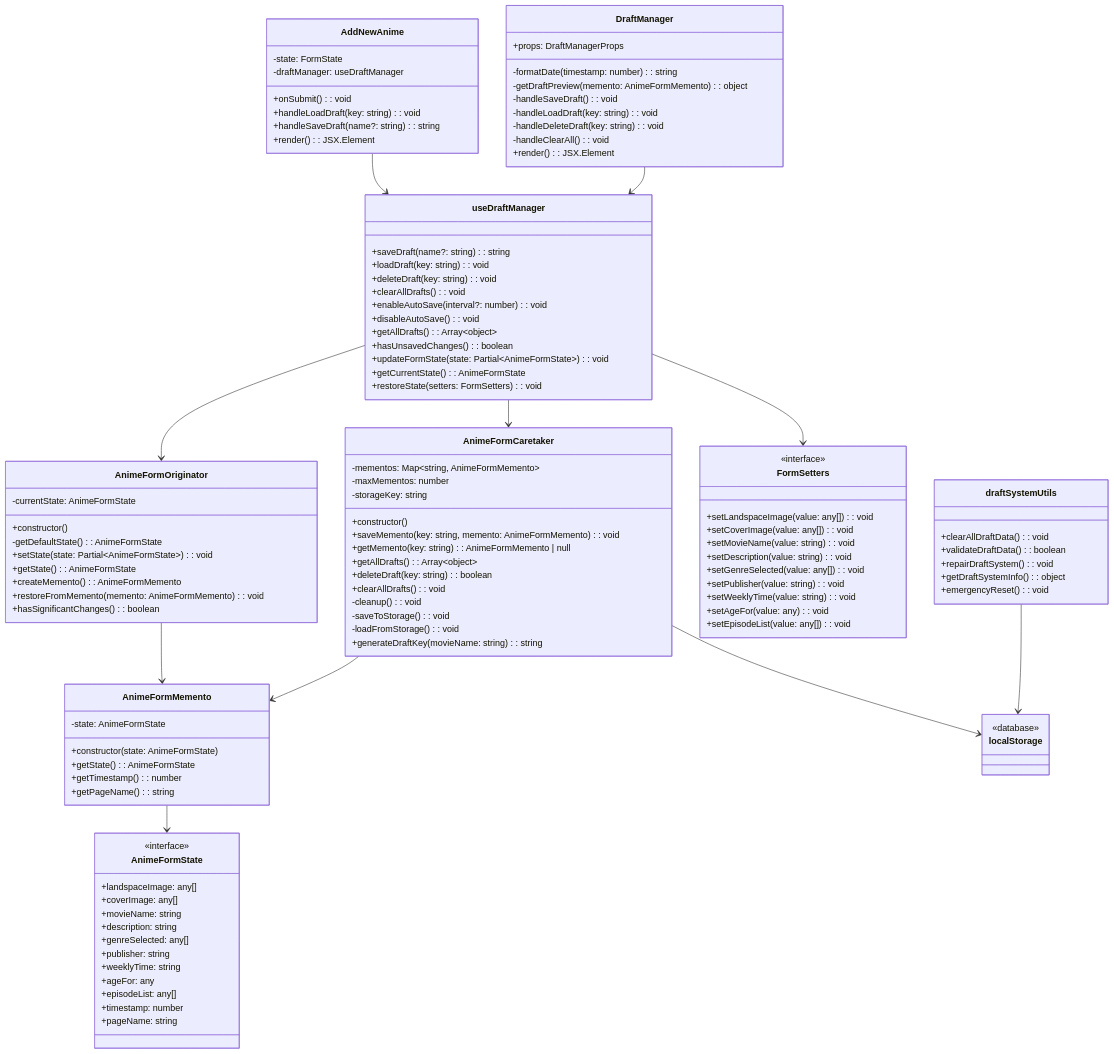
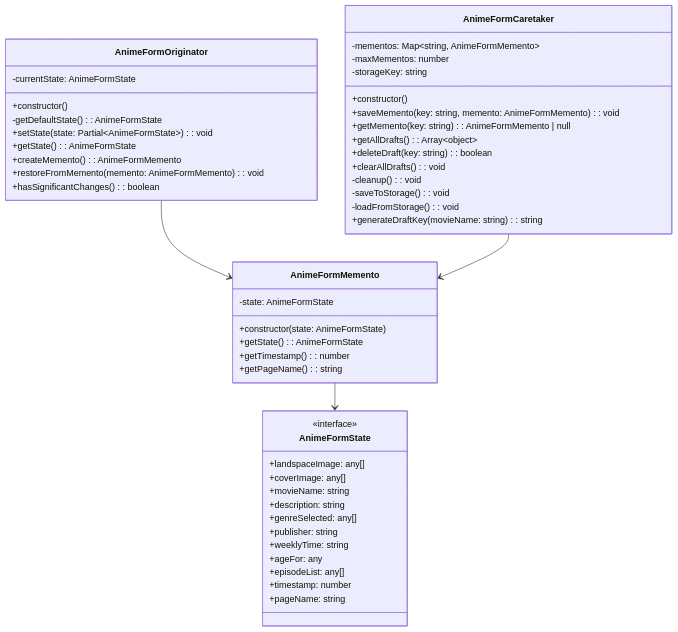
One commit to anhkhoatqt11/animeentertainment-admin-designpattern changed the diagram in docs/MementoPatternStructure.mmd. Above: the diagram before and after it, drawn with Mermaid. The commit also changed 16 other files, not shown here.

```diff
--- a/docs/MementoPatternStructure.mmd
+++ b/docs/MementoPatternStructure.mmd
@@ -1,120 +1,54 @@
 classDiagram
     class AnimeFormMemento {
         -state: AnimeFormState
         +constructor(state: AnimeFormState)
         +getState(): AnimeFormState
         +getTimestamp(): number
         +getPageName(): string
     }
 
     class AnimeFormOriginator {
         -currentState: AnimeFormState
         +constructor()
         -getDefaultState(): AnimeFormState
         +setState(state: Partial~AnimeFormState~): void
         +getState(): AnimeFormState
         +createMemento(): AnimeFormMemento
         +restoreFromMemento(memento: AnimeFormMemento): void
         +hasSignificantChanges(): boolean
     }
 
     class AnimeFormCaretaker {
         -mementos: Map~string, AnimeFormMemento~
         -maxMementos: number
         -storageKey: string
         +constructor()
         +saveMemento(key: string, memento: AnimeFormMemento): void
         +getMemento(key: string): AnimeFormMemento | null
         +getAllDrafts(): Array~object~
         +deleteDraft(key: string): boolean
         +clearAllDrafts(): void
         -cleanup(): void
         -saveToStorage(): void
         -loadFromStorage(): void
         +generateDraftKey(movieName: string): string
     }
 
-    class useDraftManager {
-        +saveDraft(name?: string): string
-        +loadDraft(key: string): void
-        +deleteDraft(key: string): void
-        +clearAllDrafts(): void
-        +enableAutoSave(interval?: number): void
-        +disableAutoSave(): void
-        +getAllDrafts(): Array~object~
-        +hasUnsavedChanges(): boolean
-        +updateFormState(state: Partial~AnimeFormState~): void
-        +getCurrentState(): AnimeFormState
-        +restoreState(setters: FormSetters): void
-    }
-
-    class DraftManager {
-        +props: DraftManagerProps
-        -formatDate(timestamp: number): string
-        -getDraftPreview(memento: AnimeFormMemento): object
-        -handleSaveDraft(): void
-        -handleLoadDraft(key: string): void
-        -handleDeleteDraft(key: string): void
-        -handleClearAll(): void
-        +render(): JSX.Element
-    }
-
-    class AddNewAnime {
-        -state: FormState
-        -draftManager: useDraftManager
-        +onSubmit(): void
-        +handleLoadDraft(key: string): void
-        +handleSaveDraft(name?: string): string
-        +render(): JSX.Element
-    }
-
     class AnimeFormState {
         <<interface>>
         +landspaceImage: any[]
         +coverImage: any[]
         +movieName: string
         +description: string
         +genreSelected: any[]
         +publisher: string
         +weeklyTime: string
         +ageFor: any
         +episodeList: any[]
         +timestamp: number
         +pageName: string
     }
 
-    class FormSetters {
-        <<interface>>
-        +setLandspaceImage(value: any[]): void
-        +setCoverImage(value: any[]): void
-        +setMovieName(value: string): void
-        +setDescription(value: string): void
-        +setGenreSelected(value: any[]): void
-        +setPublisher(value: string): void
-        +setWeeklyTime(value: string): void
-        +setAgeFor(value: any): void
-        +setEpisodeList(value: any[]): void
-    }
-
-    class draftSystemUtils {
-        +clearAllDraftData(): void
-        +validateDraftData(): boolean
-        +repairDraftSystem(): void
-        +getDraftSystemInfo(): object
-        +emergencyReset(): void
-    }
-
-    class localStorage {
-        <<database>>
-    }
-
     AnimeFormOriginator --> AnimeFormMemento
     AnimeFormCaretaker --> AnimeFormMemento
-    AnimeFormCaretaker --> localStorage
-    useDraftManager --> AnimeFormOriginator
-    useDraftManager --> AnimeFormCaretaker
-    AddNewAnime --> useDraftManager
-    DraftManager --> useDraftManager
     AnimeFormMemento --> AnimeFormState
-    useDraftManager --> FormSetters
-    draftSystemUtils --> localStorage
```
